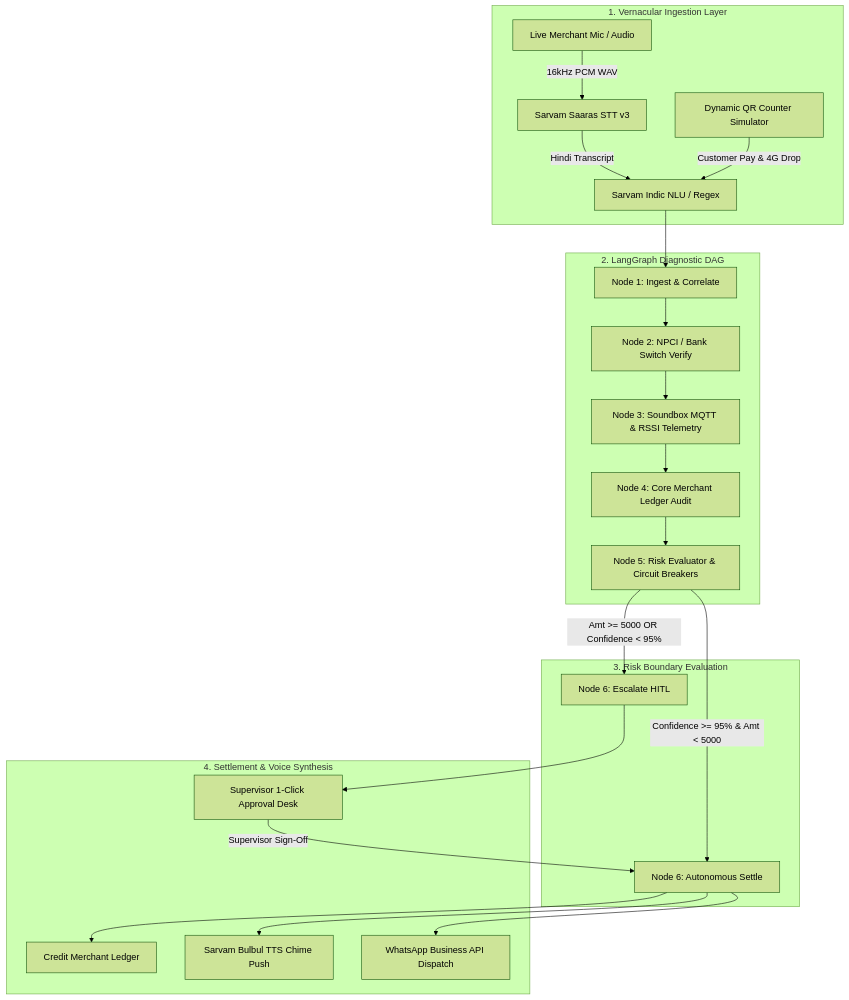
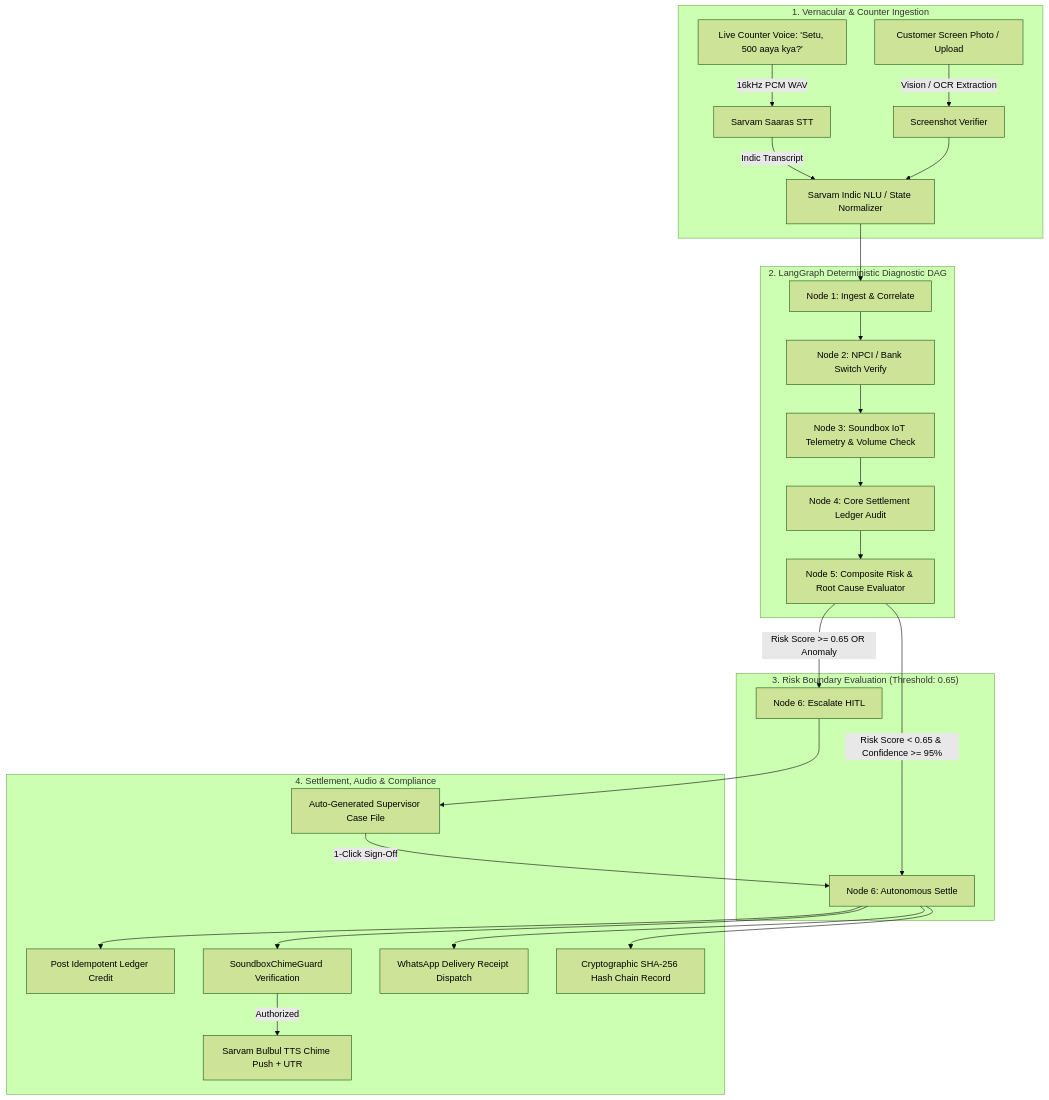
One commit to kananjn45/Setu-AI-Autonomous changed the diagram in README.md. Above: the diagram before and after it, drawn with Mermaid (forest theme). The commit also changed other lines of this file and 4 other files, not shown here.

````diff
--- a/README.md
+++ b/README.md
@@ -83,29 +37,32 @@
 ```mermaid
 graph TD
-    subgraph Ingestion ["1. Vernacular Ingestion Layer"]
-        A1[Live Merchant Mic / Audio] -->|16kHz PCM WAV| A2[Sarvam Saaras STT v3]
-        A2 -->|Hindi Transcript| A3[Sarvam Indic NLU / Regex]
-        A4[Dynamic QR Counter Simulator] -->|Customer Pay & 4G Drop| A3
+    subgraph Ingestion ["1. Vernacular & Counter Ingestion"]
+        A1[Live Counter Voice: 'Setu, 500 aaya kya?'] -->|16kHz PCM WAV| A2[Sarvam Saaras STT]
+        A2 -->|Indic Transcript| A3[Sarvam Indic NLU / State Normalizer]
+        A4[Customer Screen Photo / Upload] -->|Vision / OCR Extraction| A5[Screenshot Verifier]
+        A5 --> A3
     end
 
-    subgraph StateMachine ["2. LangGraph Diagnostic DAG"]
+    subgraph StateMachine ["2. LangGraph Deterministic Diagnostic DAG"]
         A3 --> B1[Node 1: Ingest & Correlate]
         B1 --> B2[Node 2: NPCI / Bank Switch Verify]
-        B2 --> B3[Node 3: Soundbox MQTT & RSSI Telemetry]
-        B3 --> B4[Node 4: Core Merchant Ledger Audit]
-        B4 --> B5[Node 5: Risk Evaluator & Circuit Breakers]
+        B2 --> B3[Node 3: Soundbox IoT Telemetry & Volume Check]
+        B3 --> B4[Node 4: Core Settlement Ledger Audit]
+        B4 --> B5[Node 5: Composite Risk & Root Cause Evaluator]
     end
 
-    subgraph Decision ["3. Risk Boundary Evaluation"]
-        B5 -->|Confidence >= 95% & Amt < 5000| C1[Node 6: Autonomous Settle]
-        B5 -->|Amt >= 5000 OR Confidence < 95%| C2[Node 6: Escalate HITL]
+    subgraph Decision ["3. Risk Boundary Evaluation (Threshold: 0.65)"]
+        B5 -->|Risk Score < 0.65 & Confidence >= 95%| C1[Node 6: Autonomous Settle]
+        B5 -->|Risk Score >= 0.65 OR Anomaly| C2[Node 6: Escalate HITL]
     end
 
-    subgraph Execution ["4. Settlement & Voice Synthesis"]
-        C1 --> D1[Credit Merchant Ledger]
-        C1 --> D2[Sarvam Bulbul TTS Chime Push]
-        C1 --> D3[WhatsApp Business API Dispatch]
-        C2 --> D4[Supervisor 1-Click Approval Desk]
-        D4 -->|Supervisor Sign-Off| C1
+    subgraph Execution ["4. Settlement, Audio & Compliance"]
+        C1 --> D1[Post Idempotent Ledger Credit]
+        C1 --> D2[SoundboxChimeGuard Verification]
+        D2 -->|Authorized| D3[Sarvam Bulbul TTS Chime Push + UTR]
+        C1 --> D4[WhatsApp Delivery Receipt Dispatch]
+        C1 --> D5[Cryptographic SHA-256 Hash Chain Record]
+        C2 --> D6[Auto-Generated Supervisor Case File]
+        D6 -->|1-Click Sign-Off| C1
     end
 ```
````
